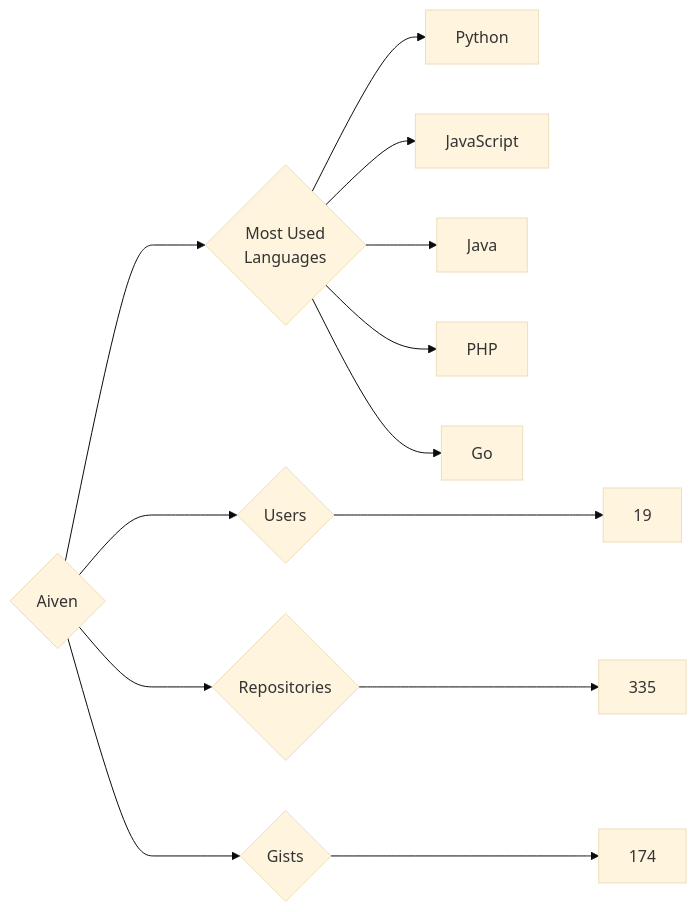
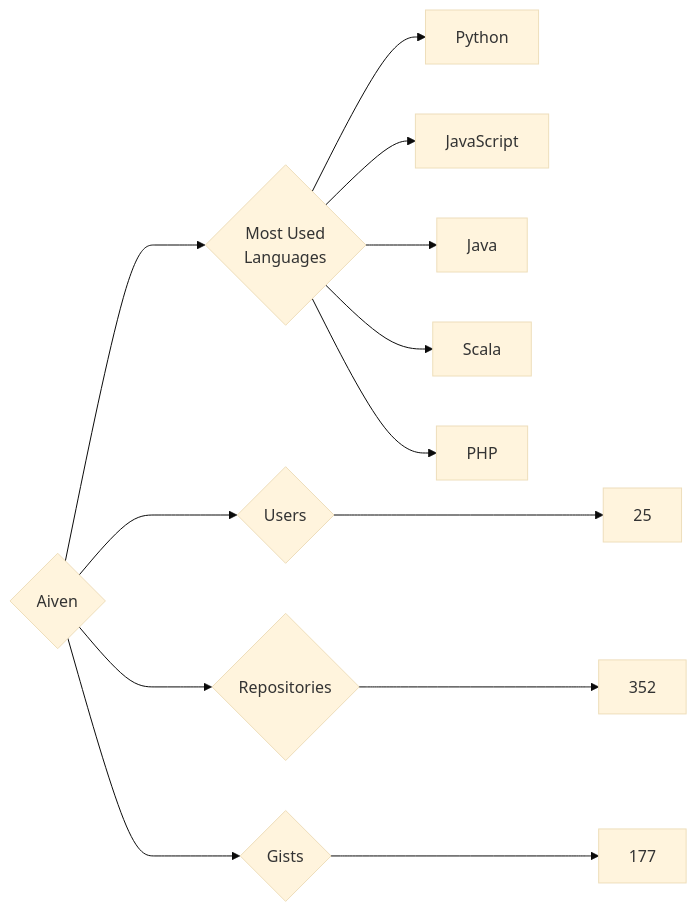
The diagram in targets/Aiven/README.md (trickest/insiders), drawn with Mermaid (base theme) before and after one commit. The commit also changed 553 other files, not shown here.

````diff
--- a/targets/Aiven/README.md
+++ b/targets/Aiven/README.md
@@ -3,13 +3,13 @@
 ```mermaid
 graph LR
 COMPANY_NAME{Aiven}
-COMPANY_NAME ---> U{Users} ---> UN[19]
-COMPANY_NAME ---> R{Repositories} ---> RN[335]
-COMPANY_NAME ---> G{Gists} ---> GN[174]
+COMPANY_NAME ---> U{Users} ---> UN[25]
+COMPANY_NAME ---> R{Repositories} ---> RN[352]
+COMPANY_NAME ---> G{Gists} ---> GN[177]
 COMPANY_NAME ---> ML{Most Used<br>Languages}
 ML --> Python[Python]
 ML --> JavaScript[JavaScript]
 ML --> Java[Java]
+ML --> Scala[Scala]
 ML --> PHP[PHP]
-ML --> Go[Go]
 ```
````
